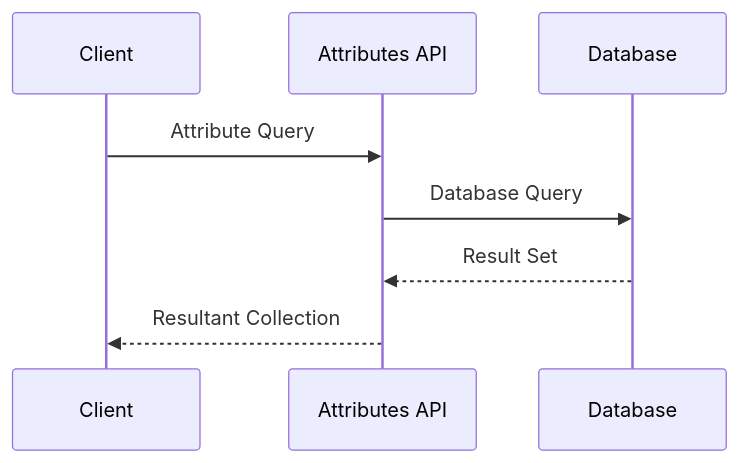
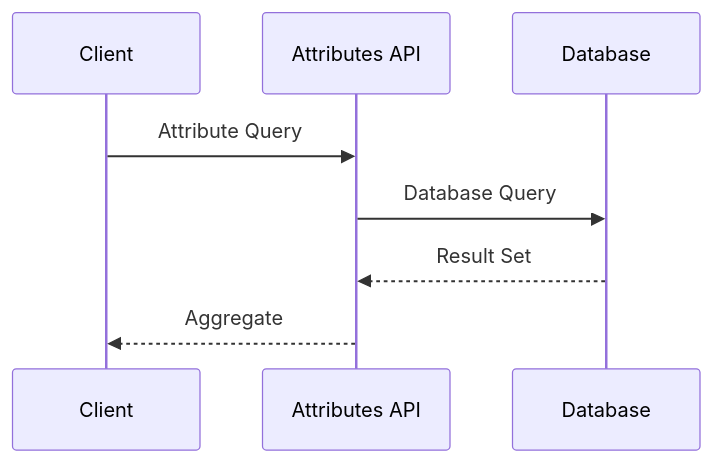
One commit to emporous/community changed the ninth of 9 diagrams in docs/design.md. Above: the diagram before and after it, drawn with Mermaid. The commit also changed other lines of this file, not shown here.

````diff
--- a/docs/design.md
+++ b/docs/design.md
@@ -485,10 +402,10 @@
 ```mermaid
 sequenceDiagram;
 participant Client
 participant Attributes API
 participant Database
 Client->>Attributes API: Attribute Query
 Attributes API->>Database: Database Query
 Database-->>Attributes API: Result Set
-Attributes API-->>Client: Resultant Collection
+Attributes API-->>Client: Aggregate
 ```
````
